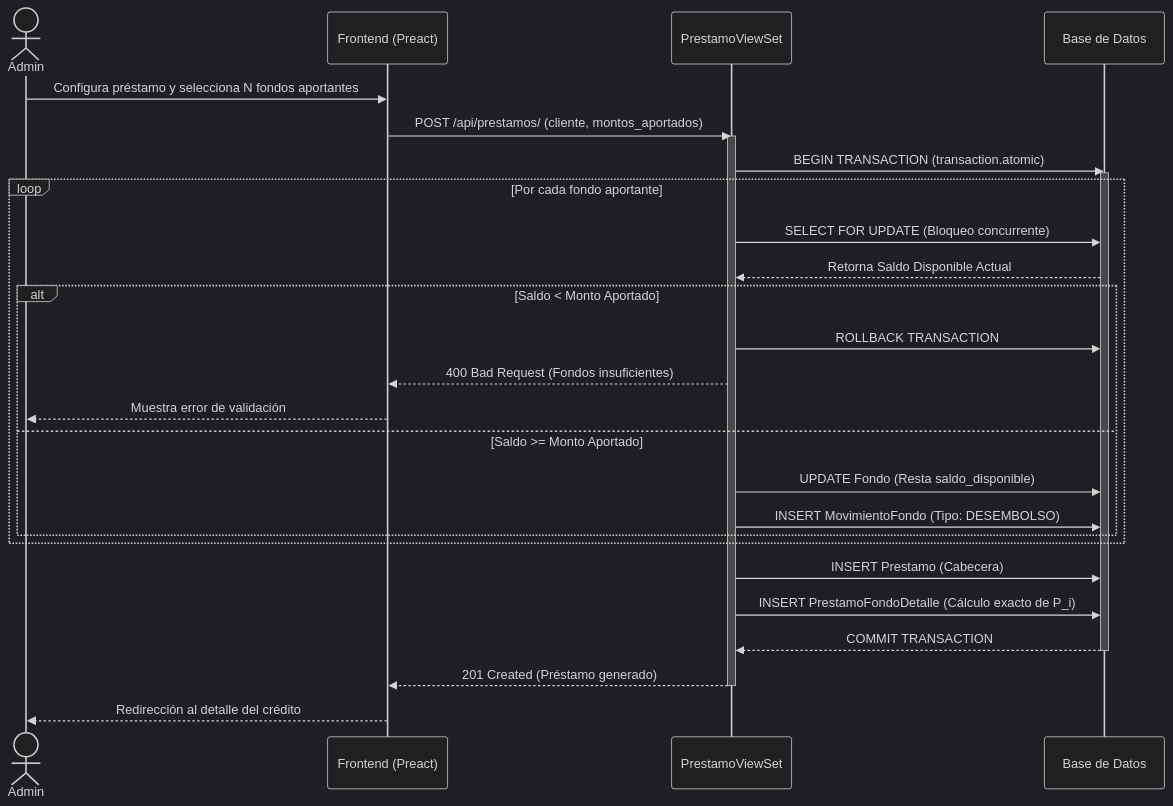
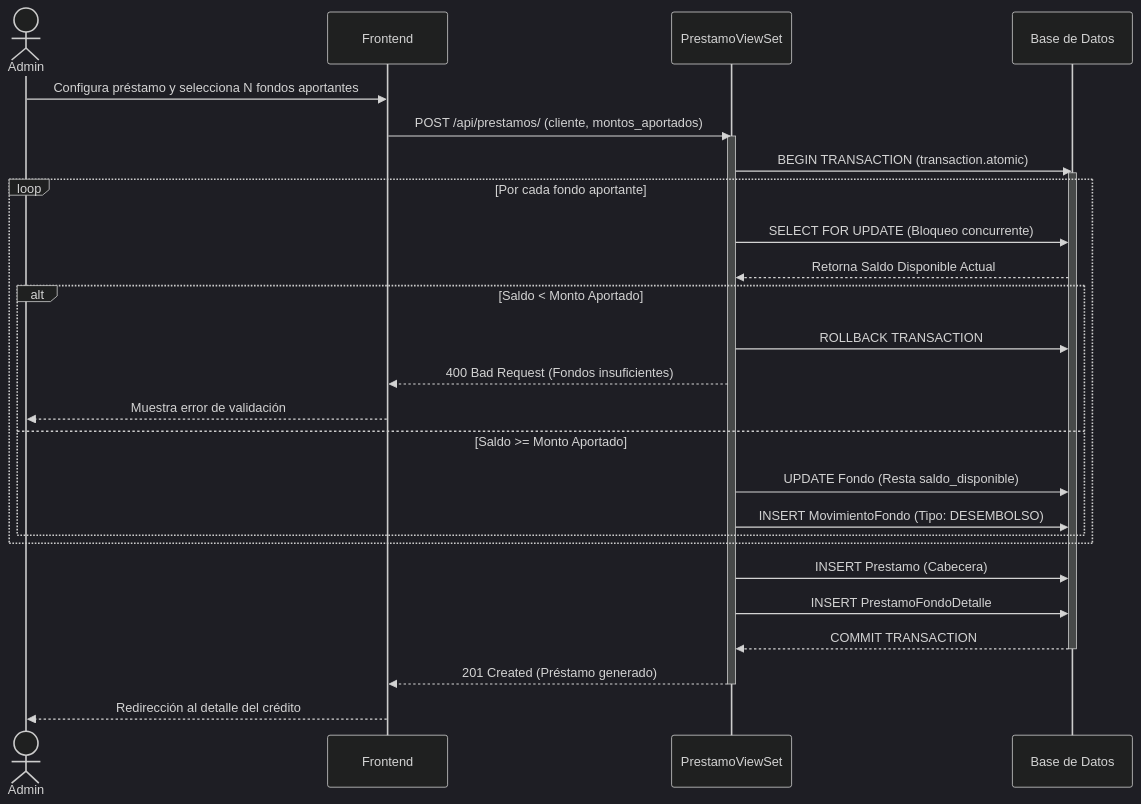
One commit to Enyelpapuh/CAVI changed the second of 4 diagrams in docs/SECCION_III_MODELADO_UML.md. Above: the diagram before and after it, drawn with Mermaid (dark theme). The commit also changed other lines of this file and 2 other files, not shown here.

Commit message:
Docs: analisis exhaustivo de normalizacion de base de datos, script PostgreSQL y viabilidad economica

````diff
--- a/docs/SECCION_III_MODELADO_UML.md
+++ b/docs/SECCION_III_MODELADO_UML.md
@@ -176,32 +176,32 @@
 ```mermaid
 sequenceDiagram
     actor Admin
-    participant UI as Frontend (Preact)
+    participant UI as Frontend
     participant API as PrestamoViewSet
     participant DB as Base de Datos
 
     Admin->>UI: Configura préstamo y selecciona N fondos aportantes
     UI->>API: POST /api/prestamos/ (cliente, montos_aportados)
     activate API
     API->>DB: BEGIN TRANSACTION (transaction.atomic)
     activate DB
     loop Por cada fondo aportante
         API->>DB: SELECT FOR UPDATE (Bloqueo concurrente)
         DB-->>API: Retorna Saldo Disponible Actual
         alt Saldo < Monto Aportado
             API->>DB: ROLLBACK TRANSACTION
             API-->>UI: 400 Bad Request (Fondos insuficientes)
             UI-->>Admin: Muestra error de validación
         else Saldo >= Monto Aportado
             API->>DB: UPDATE Fondo (Resta saldo_disponible)
             API->>DB: INSERT MovimientoFondo (Tipo: DESEMBOLSO)
         end
     end
     API->>DB: INSERT Prestamo (Cabecera)
-    API->>DB: INSERT PrestamoFondoDetalle (Cálculo exacto de P_i)
+    API->>DB: INSERT PrestamoFondoDetalle
     DB-->>API: COMMIT TRANSACTION
     deactivate DB
     API-->>UI: 201 Created (Préstamo generado)
     deactivate API
     UI-->>Admin: Redirección al detalle del crédito
 ```
````
